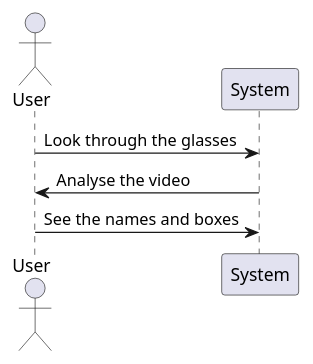
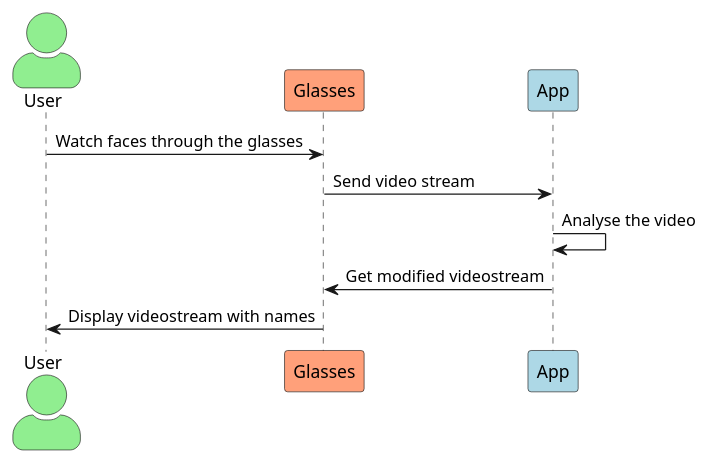
The diagram in sprint0/watch_feedback.puml (MariusLD/PROJET-ESIR2), drawn with PlantUML before and after one commit. The commit also changed 1 other file, not shown here.

Commit message:
Update sequence diagram initialize and watch_feedback

```diff
--- a/sprint0/watch_feedback.puml
+++ b/sprint0/watch_feedback.puml
@@ -1,12 +1,18 @@
 @startuml
+skinparam actorStyle awesome
 
-Actor User as U
-Participant System as S
+Actor User as U #lightgreen
+Participant Glasses as G #lightsalmon
+Participant App as S #lightblue
 
 
-U -> S: Look through the glasses
-S -> U: Analyse the video
-U -> S: See the names and boxes
+U -> G: Watch faces through the glasses
+G -> S: Send video stream
+S -> S: Analyse the video
+S -> G: Get modified videostream
 
+G -> U: Display videostream with names
 
+'Donner feedback
+'Ajouter directement depuis les lunettes
 @enduml
```
